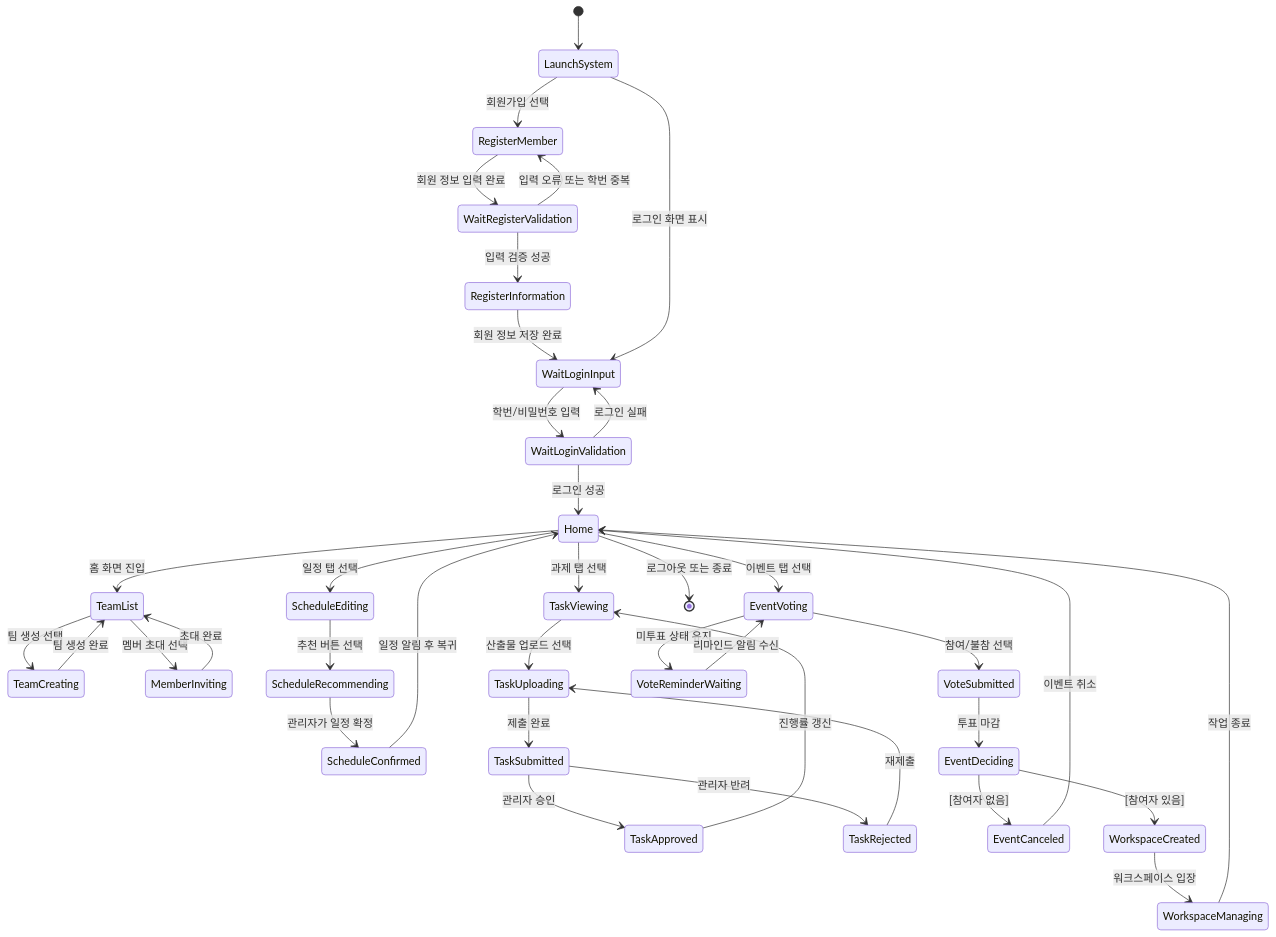
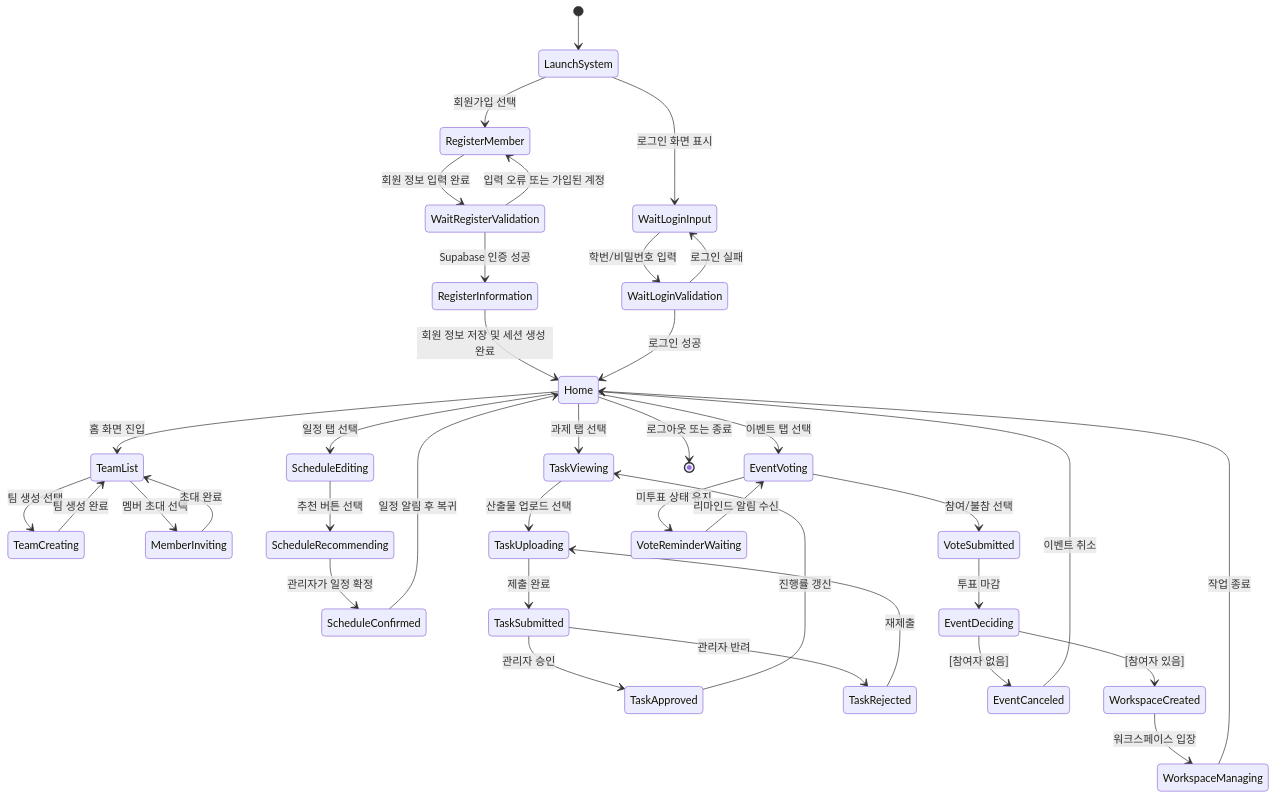
One commit to goldong23/Jo-Yul changed diagram 16 of 16 in Design_22411923_홍주은.md. Above: the diagram before and after it, drawn with Mermaid. The commit also changed other lines of this file and 19 other files, not shown here.

````diff
--- a/Design_22411923_홍주은.md
+++ b/Design_22411923_홍주은.md
@@ -682,47 +715,47 @@
 ```mermaid
 stateDiagram-v2
     [*] --> LaunchSystem
 
     LaunchSystem --> RegisterMember: 회원가입 선택
     RegisterMember --> WaitRegisterValidation: 회원 정보 입력 완료
-    WaitRegisterValidation --> RegisterMember: 입력 오류 또는 학번 중복
-    WaitRegisterValidation --> RegisterInformation: 입력 검증 성공
-    RegisterInformation --> WaitLoginInput: 회원 정보 저장 완료
+    WaitRegisterValidation --> RegisterMember: 입력 오류 또는 가입된 계정
+    WaitRegisterValidation --> RegisterInformation: Supabase 인증 성공
+    RegisterInformation --> Home: 회원 정보 저장 및 세션 생성 완료
 
     LaunchSystem --> WaitLoginInput: 로그인 화면 표시
     WaitLoginInput --> WaitLoginValidation: 학번/비밀번호 입력
     WaitLoginValidation --> WaitLoginInput: 로그인 실패
     WaitLoginValidation --> Home: 로그인 성공
 
     Home --> TeamList: 홈 화면 진입
     TeamList --> TeamCreating: 팀 생성 선택
     TeamCreating --> TeamList: 팀 생성 완료
     TeamList --> MemberInviting: 멤버 초대 선택
     MemberInviting --> TeamList: 초대 완료
 
     Home --> ScheduleEditing: 일정 탭 선택
     ScheduleEditing --> ScheduleRecommending: 추천 버튼 선택
     ScheduleRecommending --> ScheduleConfirmed: 관리자가 일정 확정
     ScheduleConfirmed --> Home: 일정 알림 후 복귀
 
     Home --> TaskViewing: 과제 탭 선택
     TaskViewing --> TaskUploading: 산출물 업로드 선택
     TaskUploading --> TaskSubmitted: 제출 완료
     TaskSubmitted --> TaskApproved: 관리자 승인
     TaskSubmitted --> TaskRejected: 관리자 반려
     TaskRejected --> TaskUploading: 재제출
     TaskApproved --> TaskViewing: 진행률 갱신
 
     Home --> EventVoting: 이벤트 탭 선택
     EventVoting --> VoteSubmitted: 참여/불참 선택
     EventVoting --> VoteReminderWaiting: 미투표 상태 유지
     VoteReminderWaiting --> EventVoting: 리마인드 알림 수신
     VoteSubmitted --> EventDeciding: 투표 마감
     EventDeciding --> EventCanceled: [참여자 없음]
     EventDeciding --> WorkspaceCreated: [참여자 있음]
     WorkspaceCreated --> WorkspaceManaging: 워크스페이스 입장
     WorkspaceManaging --> Home: 작업 종료
     EventCanceled --> Home: 이벤트 취소
 
     Home --> [*]: 로그아웃 또는 종료
 ```
````
